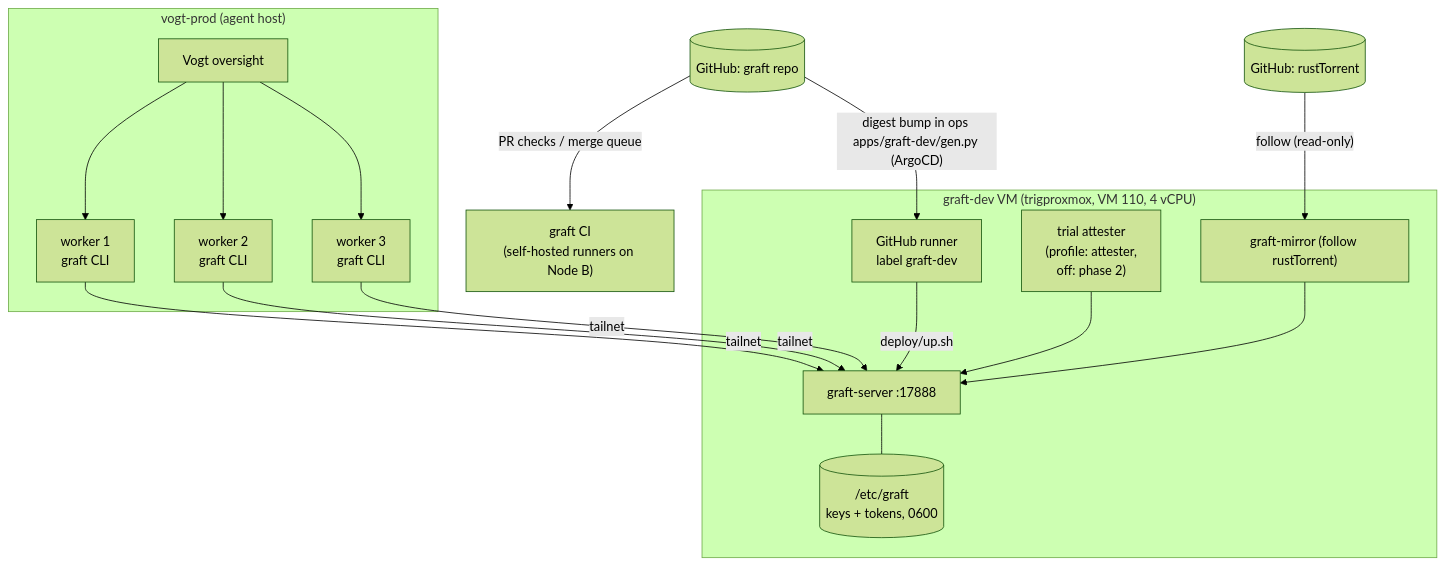
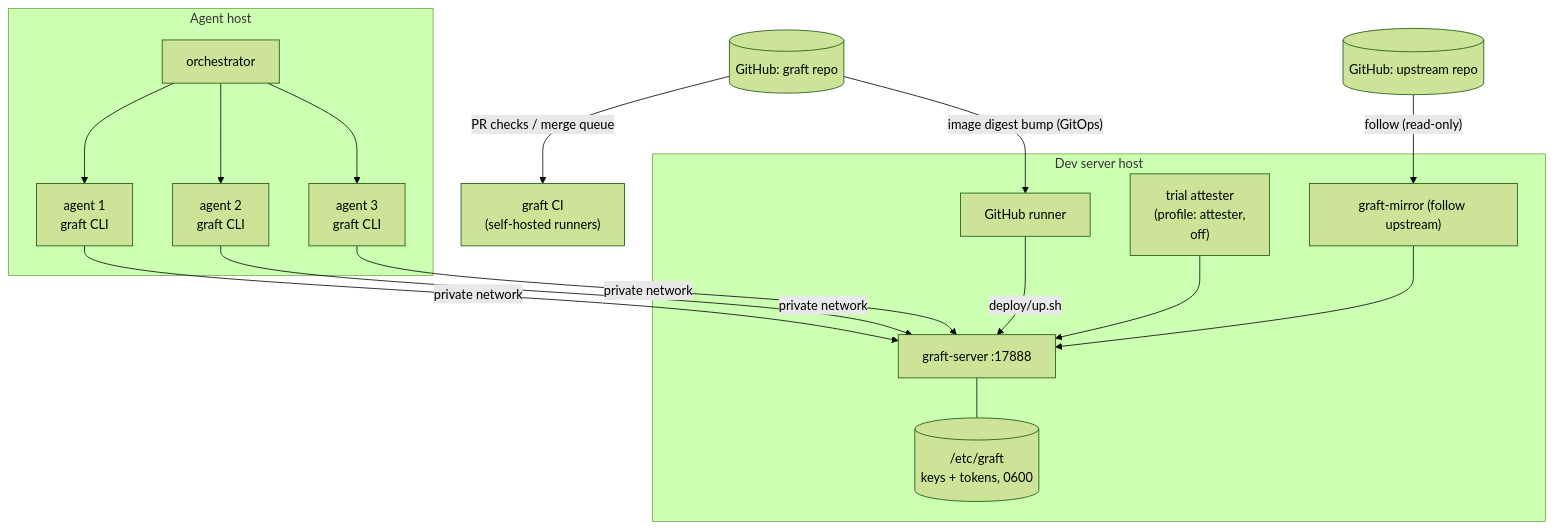
Before and after one commit to TheDancingDeveloper-org/graft: the fifth of 9 diagrams in docs/architecture.md, drawn with Mermaid (forest theme). The commit also changed other lines of this file and 17 other files, not shown here.

First line of the commit message:
docs: professionalise the user guide, status, roadmap and architecture pages

````diff
--- a/docs/architecture.md
+++ b/docs/architecture.md
@@ -233,31 +233,31 @@
 ```mermaid
 flowchart TB
-  subgraph Prod["vogt-prod (agent host)"]
-    vogt["Vogt oversight"]
-    w1["worker 1<br/>graft CLI"]
-    w2["worker 2<br/>graft CLI"]
-    w3["worker 3<br/>graft CLI"]
-    vogt --> w1 & w2 & w3
+  subgraph Prod["Agent host"]
+    orch["orchestrator"]
+    w1["agent 1<br/>graft CLI"]
+    w2["agent 2<br/>graft CLI"]
+    w3["agent 3<br/>graft CLI"]
+    orch --> w1 & w2 & w3
   end
 
-  subgraph VM["graft-dev VM (trigproxmox, VM 110, 4 vCPU)"]
+  subgraph VM["Dev server host"]
     srv["graft-server :17888"]
-    mir["graft-mirror (follow rustTorrent)"]
-    att["trial attester<br/>(profile: attester,<br/>off: phase 2)"]
-    runner["GitHub runner<br/>label graft-dev"]
+    mir["graft-mirror (follow upstream)"]
+    att["trial attester<br/>(profile: attester,<br/>off)"]
+    runner["GitHub runner"]
     etc[("/etc/graft<br/>keys + tokens, 0600")]
     mir --> srv
     att --> srv
     srv --- etc
   end
 
   ghsrc[("GitHub: graft repo")]
-  ghrt[("GitHub: rustTorrent")]
-  ghci["graft CI<br/>(self-hosted runners on Node B)"]
+  ghrt[("GitHub: upstream repo")]
+  ghci["graft CI<br/>(self-hosted runners)"]
 
-  w1 & w2 & w3 -- "tailnet" --> srv
+  w1 & w2 & w3 -- "private network" --> srv
   ghrt -- "follow (read-only)" --> mir
   ghsrc -- "PR checks / merge queue" --> ghci
-  ghsrc -- "digest bump in ops apps/graft-dev/gen.py (ArgoCD)" --> runner
+  ghsrc -- "image digest bump (GitOps)" --> runner
   runner -- "deploy/up.sh" --> srv
 ```
````
